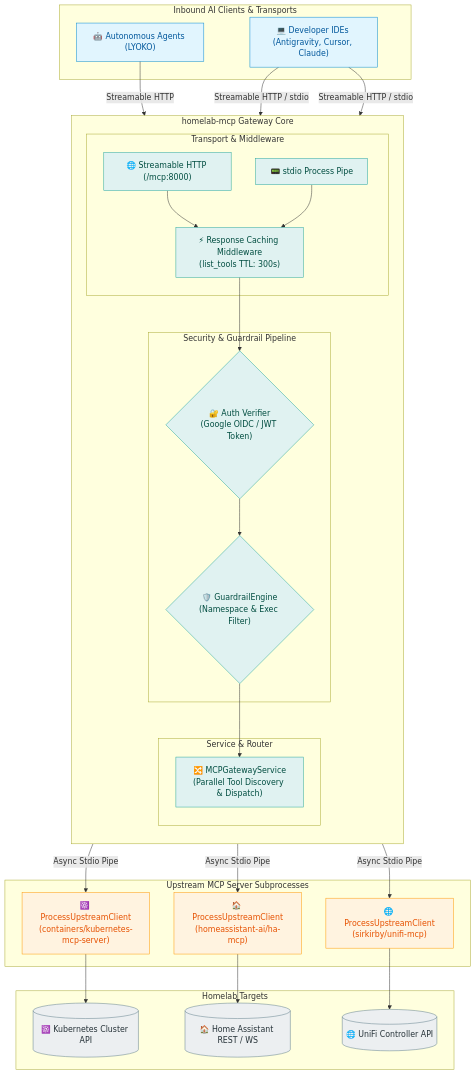
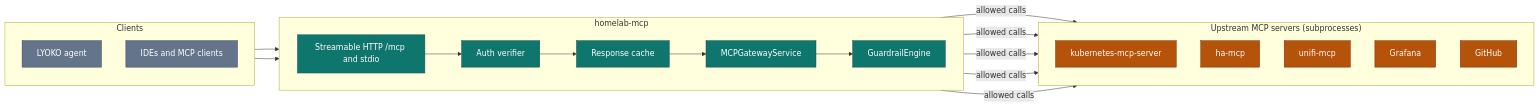
Before and after one commit to csp33/homelab-ai-ops: the first of 2 diagrams in packages/mcps/homelab-mcp/README.md, drawn with Mermaid. The commit also changed other lines of this file and 2 other files, not shown here.

Commit message:
docs: redesign README diagrams and align them with the code

````diff
--- a/packages/mcps/homelab-mcp/README.md
+++ b/packages/mcps/homelab-mcp/README.md
@@ -13,57 +11,37 @@
 ```mermaid
-flowchart TD
-    subgraph Inbound_Clients ["Inbound AI Clients & Transports"]
-        C1["🤖 Autonomous Agents (LYOKO)"]
-        C2["💻 Developer IDEs (Antigravity, Cursor, Claude)"]
+flowchart LR
+    subgraph IN["Clients"]
+        direction TB
+        C1[LYOKO agent]
+        C2[IDEs and MCP clients]
     end
 
-    subgraph FastMCP_Gateway ["homelab-mcp Gateway Core"]
-        direction TB
-        
-        subgraph Transport_Layer ["Transport & Middleware"]
-            T1["🌐 Streamable HTTP (/mcp:8000)"]
-            T2["📟 stdio Process Pipe"]
-            CACHE["⚡ Response Caching Middleware<br/>(list_tools TTL: 300s)"]
-        end
-
-        subgraph Security_Layer ["Security & Guardrail Pipeline"]
-            AUTH{"🔐 Auth Verifier<br/>(Google OIDC / JWT Token)"}
-            GUARD{"🛡️ GuardrailEngine<br/>(Namespace & Exec Filter)"}
-        end
-
-        subgraph Aggregation_Layer ["Service & Router"]
-            SVC["🔀 MCPGatewayService<br/>(Parallel Tool Discovery & Dispatch)"]
-        end
-
-        T1 & T2 --> CACHE --> AUTH --> GUARD --> SVC
+    subgraph GW["homelab-mcp"]
+        direction LR
+        T[Streamable HTTP /mcp and stdio] --> AUTH[Auth verifier]
+        AUTH --> CACHE[Response cache]
+        CACHE --> SVC[MCPGatewayService]
+        SVC --> GUARD[GuardrailEngine]
     end
 
-    subgraph Upstream_Processes ["Upstream MCP Server Subprocesses"]
-        U_K8S["☸️ ProcessUpstreamClient<br/>(containers/kubernetes-mcp-server)"]
-        U_HA["🏠 ProcessUpstreamClient<br/>(homeassistant-ai/ha-mcp)"]
-        U_UNIFI["🌐 ProcessUpstreamClient<br/>(sirkirby/unifi-mcp)"]
+    subgraph UP["Upstream MCP servers (subprocesses)"]
+        direction TB
+        K8S[kubernetes-mcp-server]
+        HA[ha-mcp]
+        UNIFI[unifi-mcp]
+        GRAF[Grafana]
+        GH[GitHub]
     end
 
-    subgraph Homelab_Targets ["Homelab Targets"]
-        T_K8S[("☸️ Kubernetes Cluster API")]
-        T_HA[("🏠 Home Assistant REST / WS")]
-        T_UNIFI[("🌐 UniFi Controller API")]
-    end
+    C1 --> T
+    C2 --> T
+    GUARD -->|allowed calls| K8S & HA & UNIFI & GRAF & GH
 
-    C1 -->|Streamable HTTP| T1
-    C2 -->|Streamable HTTP / stdio| T1 & T2
-
-    SVC -->|Async Stdio Pipe| U_K8S --> T_K8S
-    SVC -->|Async Stdio Pipe| U_HA --> T_HA
-    SVC -->|Async Stdio Pipe| U_UNIFI --> T_UNIFI
-
-    classDef client fill:#e1f5fe,stroke:#0288d1,stroke-width:1px,color:#01579b;
-    classDef gateway fill:#e0f2f1,stroke:#26a69a,stroke-width:1px,color:#004d40;
-    classDef upstream fill:#fff3e0,stroke:#ff9800,stroke-width:1px,color:#e65100;
-    classDef target fill:#eceff1,stroke:#607d8b,stroke-width:1px,color:#263238;
+    classDef client fill:#64748b,stroke:#334155,color:#fff;
+    classDef gateway fill:#0f766e,stroke:#134e4a,color:#fff;
+    classDef upstream fill:#b45309,stroke:#78350f,color:#fff;
 
     class C1,C2 client;
-    class T1,T2,CACHE,AUTH,GUARD,SVC gateway;
-    class U_K8S,U_HA,U_UNIFI upstream;
-    class T_K8S,T_HA,T_UNIFI target;
+    class T,AUTH,CACHE,SVC,GUARD gateway;
+    class K8S,HA,UNIFI,GRAF,GH upstream;
 ```
````
